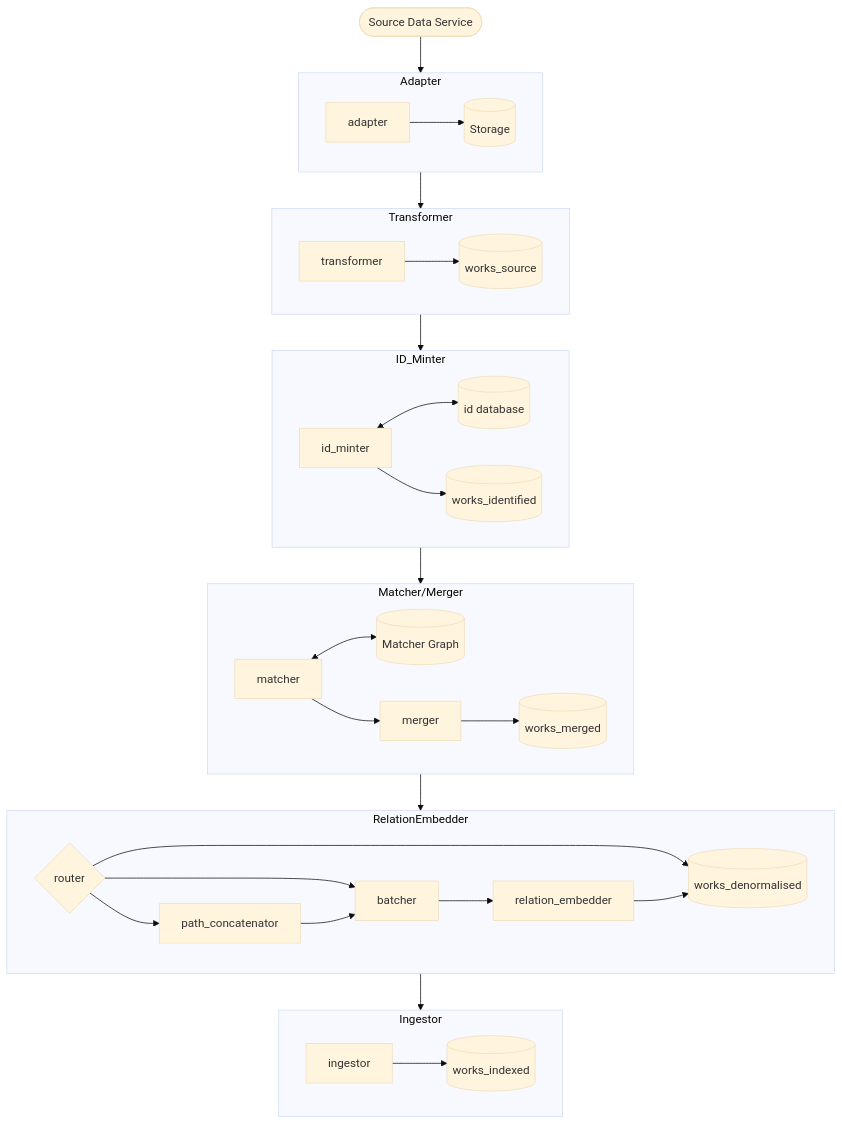
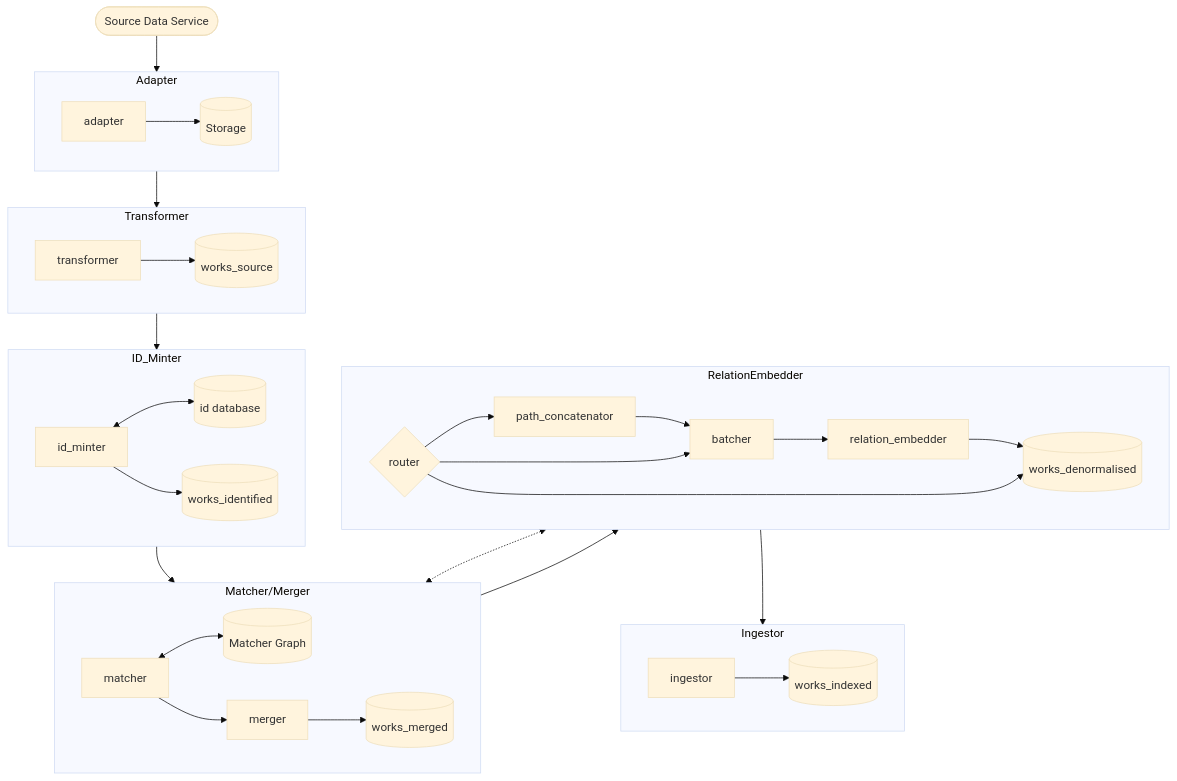
The diagram in pipeline/README.md (wellcomecollection/catalogue-pipeline), drawn with Mermaid (base theme) before and after one commit. The commit also changed 1 other file, not shown here.

Commit message:
add path_concatenator -> works merged link

````diff
--- a/pipeline/README.md
+++ b/pipeline/README.md
@@ -7,54 +7,55 @@
 ```mermaid
 flowchart TD
     start([Source Data Service]) --> Adapter
     storage[(Storage)]
     matcher_graph[(Matcher Graph)]
     id_database[(id database)]
     works_source[(works_source)]
     works_identified[(works_identified)]
     works_merged[(works_merged)]
     works_denormalised[(works_denormalised)]
     works_indexed[(works_indexed)]
     router{router}
     subgraph Adapter
         direction LR
         adapter --> storage
     end
     subgraph Transformer
         direction LR
         transformer --> works_source
     end
     subgraph ID_Minter
         direction LR
         id_minter <--> id_database
         id_minter --> works_identified
     end
 
     subgraph Matcher/Merger
         direction LR
         matcher <--> matcher_graph
         matcher --> merger
         merger --> works_merged
     end
 
     subgraph RelationEmbedder
         direction LR
+        router --> path_concatenator
+        path_concatenator <-.-> works_merged
+        path_concatenator --> batcher
         router --> batcher
-        router --> path_concatenator
-        path_concatenator --> batcher
-        router --> works_denormalised
         batcher --> relation_embedder
         relation_embedder --> works_denormalised
+        router --> works_denormalised
     end
 
     subgraph Ingestor
         direction LR
         ingestor --> works_indexed
     end
 
     Adapter --> Transformer
     Transformer --> ID_Minter
     ID_Minter --> Matcher/Merger
     Matcher/Merger --> RelationEmbedder
     RelationEmbedder --> Ingestor
 ```
````
